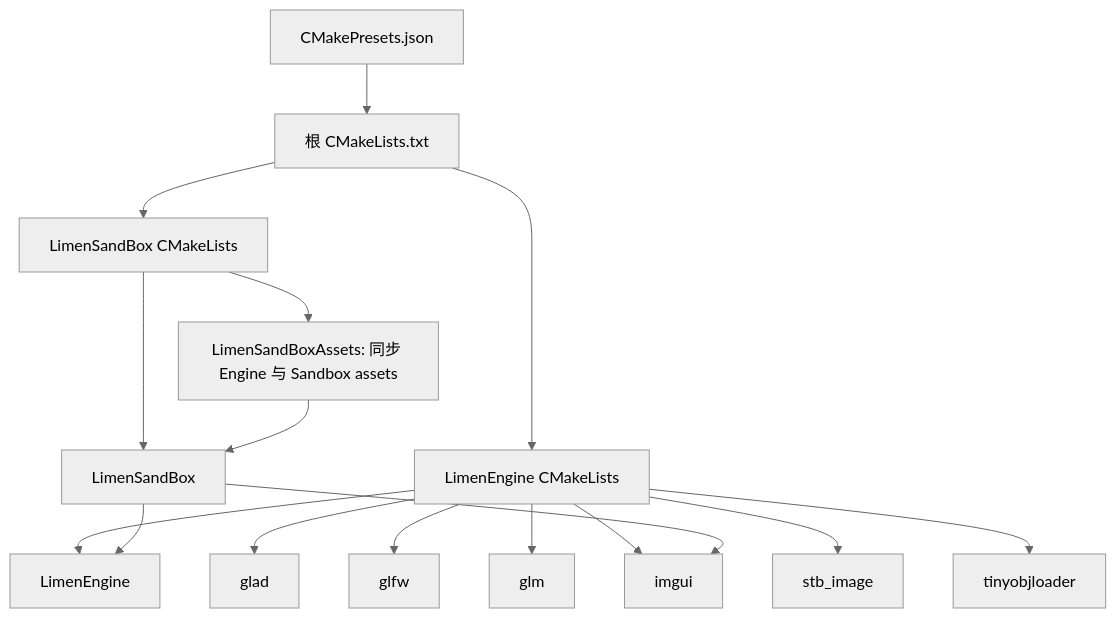
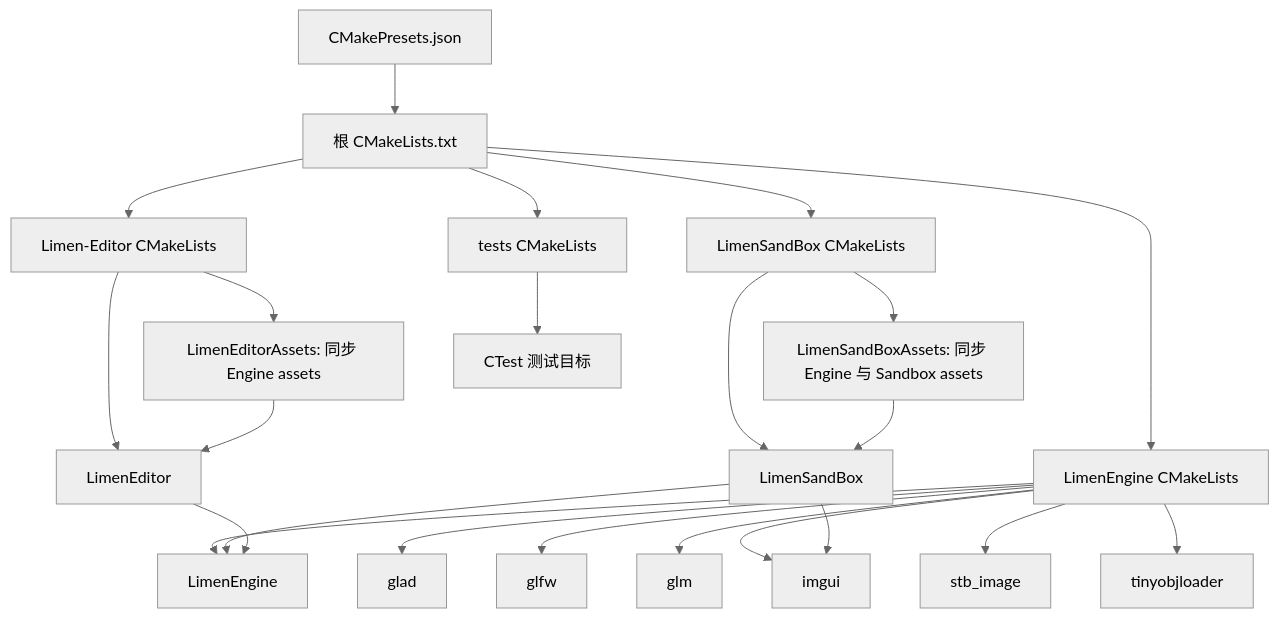
One commit to JackDowson2003/Limen-Engine changed the second of 3 diagrams in README.md. Above: the diagram before and after it, drawn with Mermaid (neutral theme). The commit also changed other lines of this file and 57 other files, not shown here.

````diff
--- a/README.md
+++ b/README.md
@@ -422,18 +440,25 @@
 ```mermaid
 flowchart TD
     P[CMakePresets.json] --> R[根 CMakeLists.txt]
     R --> E[LimenEngine CMakeLists]
     R --> S[LimenSandBox CMakeLists]
+    R --> ED[Limen-Editor CMakeLists]
+    R --> T[tests CMakeLists]
     E --> ET[LimenEngine]
     E --> G[glad]
     E --> F[glfw]
     E --> M[glm]
     E --> I[imgui]
     E --> STB[stb_image]
     E --> OBJ[tinyobjloader]
     S --> APP[LimenSandBox]
     S --> ASSETS[LimenSandBoxAssets: 同步 Engine 与 Sandbox assets]
+    ED --> EDITOR[LimenEditor]
+    ED --> EDITOR_ASSETS[LimenEditorAssets: 同步 Engine assets]
+    EDITOR_ASSETS --> EDITOR
+    T --> TESTS[CTest 测试目标]
     ASSETS --> APP
     APP --> ET
     APP --> I
+    EDITOR --> ET
 ```
````
